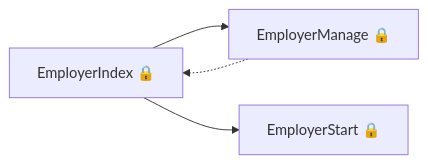
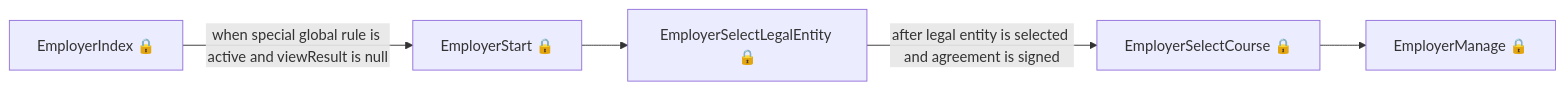
Before and after one commit to talentconsulting/atlas-dfe: the first of 6 diagrams in das-reservations/user-journeys/user-journeys.md, drawn with Mermaid. The commit also changed other lines of this file and 22 other files, not shown here.

````diff
--- a/das-reservations/user-journeys/user-journeys.md
+++ b/das-reservations/user-journeys/user-journeys.md
@@ -11,6 +9,7 @@
 ```mermaid
 flowchart LR
-  p0["EmployerIndex 🔒"] --> p1["EmployerManage 🔒"]
-  p1["EmployerManage 🔒"] -.-> p0["EmployerIndex 🔒"]
-  p0["EmployerIndex 🔒"] --> p2["EmployerStart 🔒"]
+  p0["EmployerIndex 🔒"] -->|"when special global rule is active and viewResult is null"| p1["EmployerStart 🔒"]
+  p1["EmployerStart 🔒"] --> p2["EmployerSelectLegalEntity 🔒"]
+  p2["EmployerSelectLegalEntity 🔒"] -->|"after legal entity is selected and agreement is signed"| p3["EmployerSelectCourse 🔒"]
+  p3["EmployerSelectCourse 🔒"] --> p4["EmployerManage 🔒"]
 ```
````
